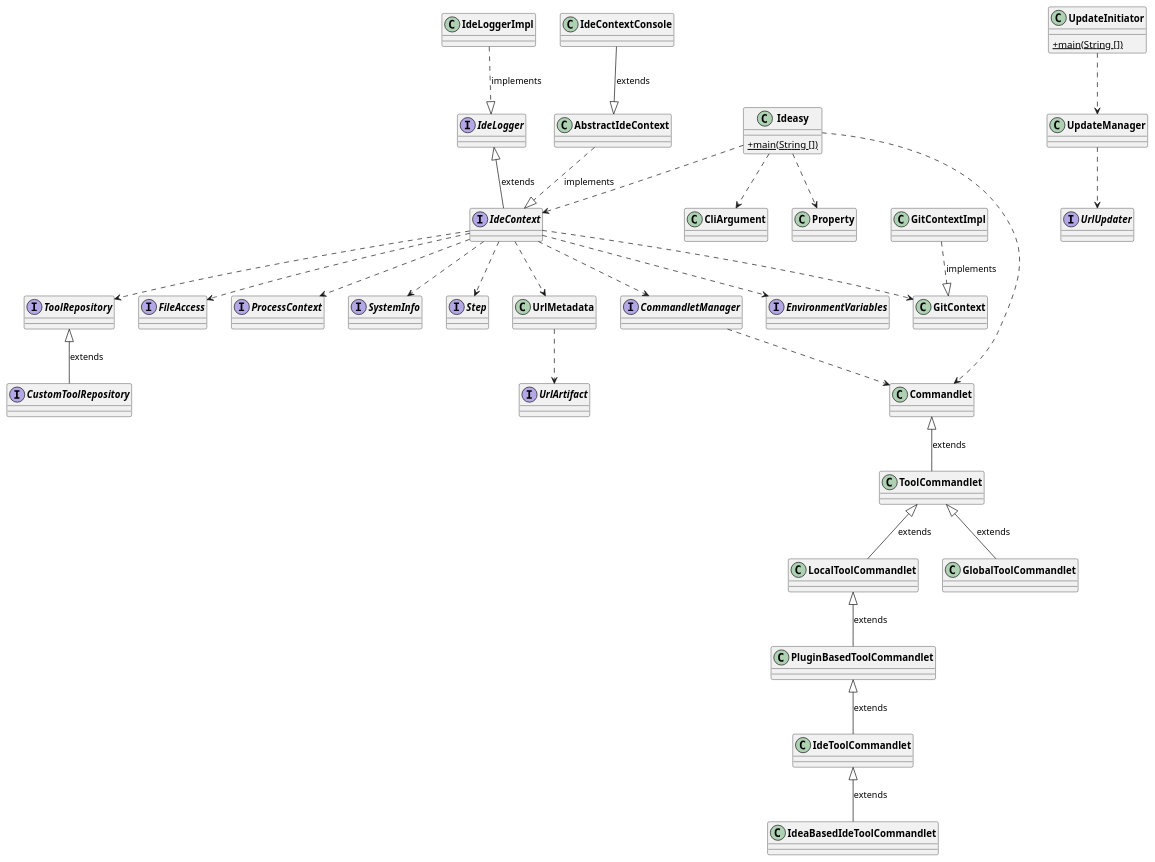
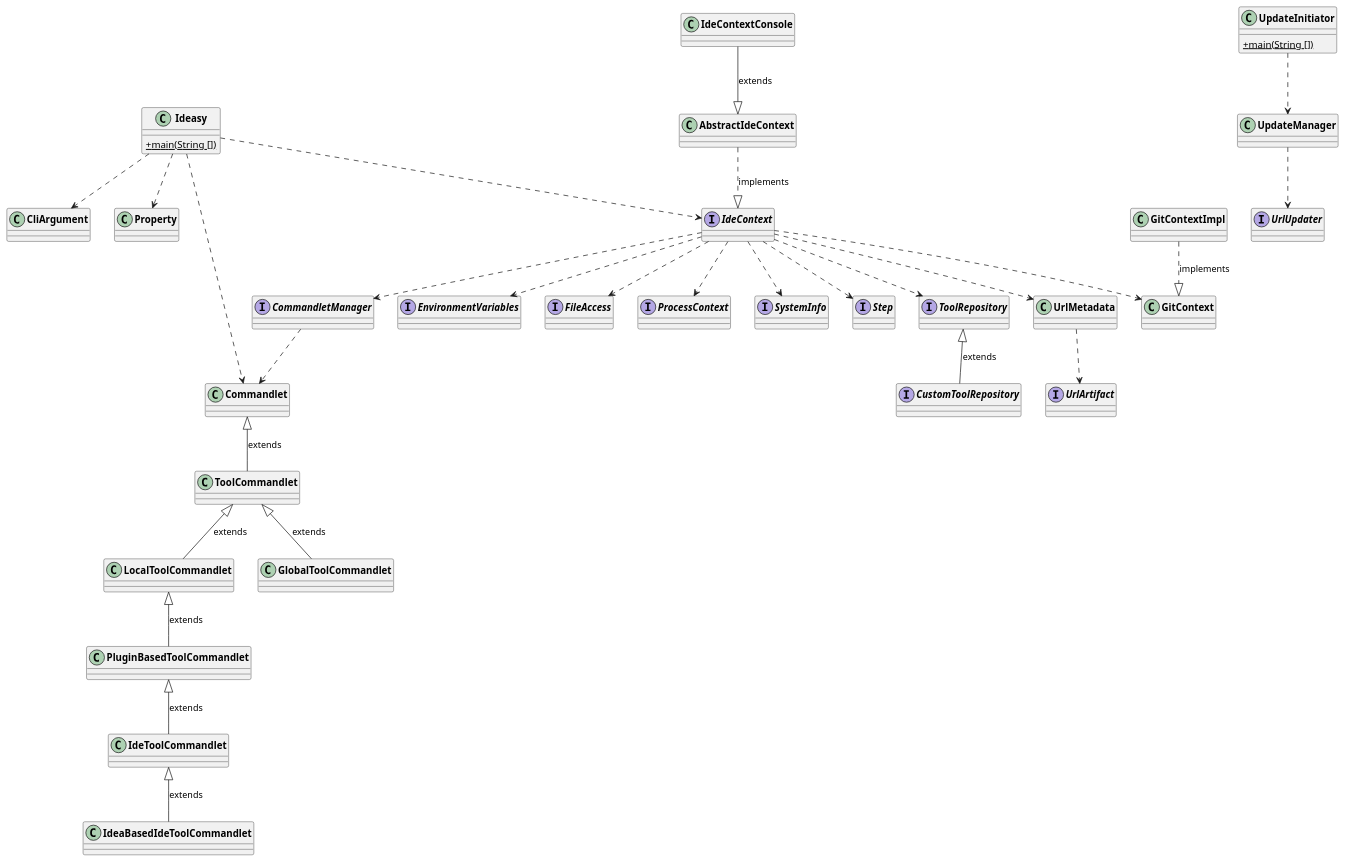
The diagram in documentation/images/design.puml (devonfw/IDEasy), drawn with PlantUML before and after one commit. The commit also changed 168 other files, not shown here.

```diff
--- a/documentation/images/design.puml
+++ b/documentation/images/design.puml
@@ -1,85 +1,81 @@
 @startuml
 skinparam classFontStyle bold
 skinparam classAttributeIconSize 0
 
 '''' Attributes and methods '''
 
 class Ideasy {
   {static} +main(String [])
 }
 
 class CliArgument
 class Property
 
-interface IdeLogger
 interface IdeContext
 
 interface CommandletManager
 interface EnvironmentVariables
 interface FileAccess
 interface ProcessContext
 interface SystemInfo
 interface Step
 
 interface ToolRepository
 interface CustomToolRepository
 
 class UrlMetadata
 interface UrlArtifact
 
 class Commandlet
 class ToolCommandlet
 class LocalToolCommandlet
 class GlobalToolCommandlet
 class PluginBasedToolCommandlet
 class IdeToolCommandlet
 class IdeaBasedIdeToolCommandlet
 
 class UpdateInitiator{
   {static} +main(String [])
 }
 
 class UpdateManager
 interface UrlUpdater
 
 
 '''' Relations '''
 
 Ideasy ..> CliArgument
 Ideasy ..> Property
 Ideasy ..> Commandlet
 Ideasy ..> IdeContext
 
-IdeLogger <|-- IdeContext : extends
-
 IdeContext ..> CommandletManager
 IdeContext ..> EnvironmentVariables
 IdeContext ..> FileAccess
 IdeContext ..> ProcessContext
 IdeContext ..> SystemInfo
 IdeContext ..> Step
 IdeContext ..> ToolRepository
 IdeContext ..> UrlMetadata
 IdeContext ..> GitContext
 UrlMetadata ..> UrlArtifact
 
 AbstractIdeContext ..|> IdeContext : implements
 IdeContextConsole --|> AbstractIdeContext : extends
-IdeLoggerImpl ..|> IdeLogger : implements
 
 GitContextImpl ..|> GitContext  : implements
 
 CommandletManager ..> Commandlet
 Commandlet <|-- ToolCommandlet : extends
 ToolCommandlet <|-- LocalToolCommandlet : extends
 ToolCommandlet <|-- GlobalToolCommandlet : extends
 LocalToolCommandlet <|-- PluginBasedToolCommandlet : extends
 PluginBasedToolCommandlet <|-- IdeToolCommandlet : extends
 IdeToolCommandlet <|-- IdeaBasedIdeToolCommandlet : extends
 
 ToolRepository <|-- CustomToolRepository : extends
 
 UpdateInitiator ..> UpdateManager
 UpdateManager ..> UrlUpdater
 
 @enduml
```
